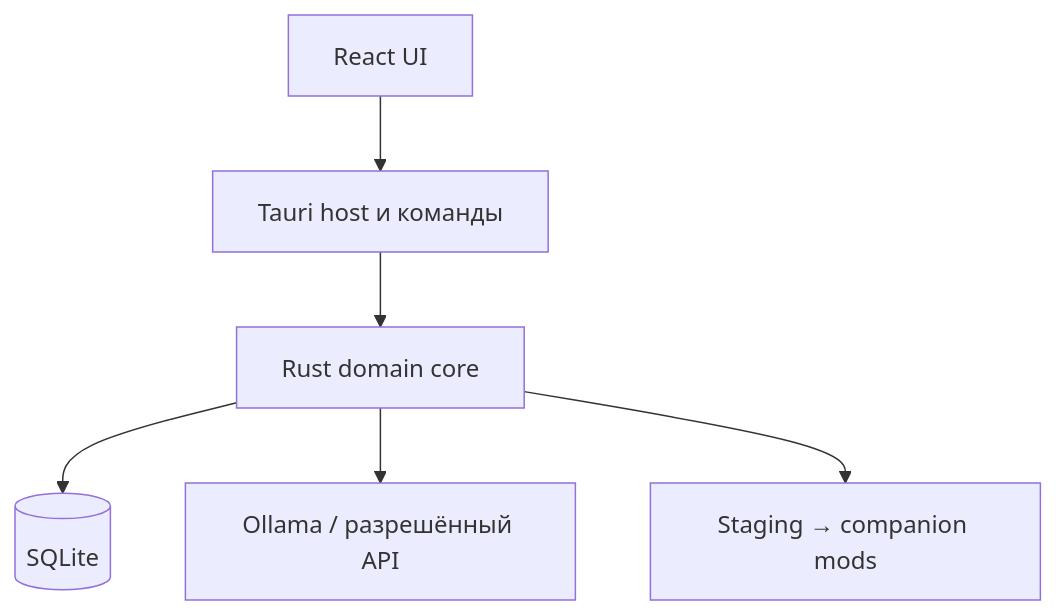
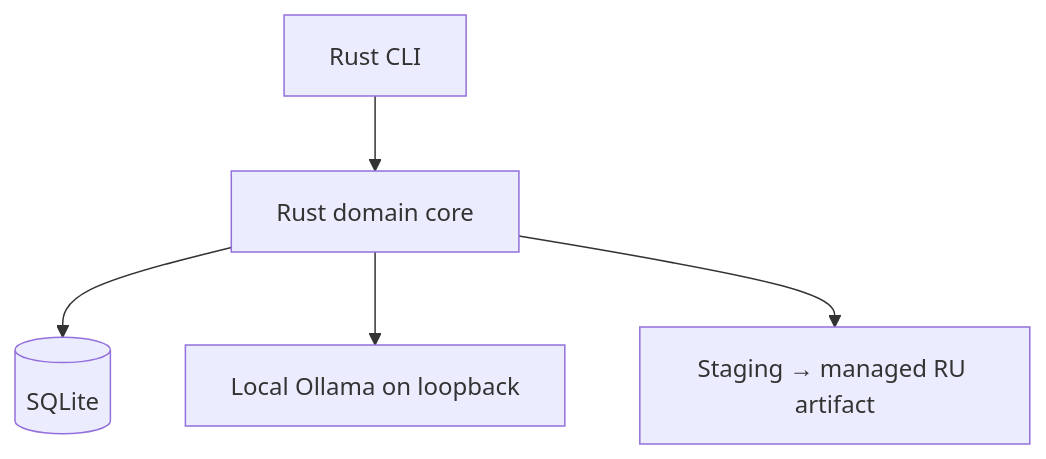
One commit to elenandar/Stellaris-mod-translator changed the diagram in docs/architecture.md. Above: the diagram before and after it, drawn with Mermaid. The commit also changed other lines of this file and 12 other files, not shown here.

````diff
--- a/docs/architecture.md
+++ b/docs/architecture.md
@@ -9,8 +9,7 @@
 ```mermaid
 flowchart TB
-    UI["React UI"] --> Host["Tauri host и команды"]
-    Host --> Core["Rust domain core"]
+    CLI["Rust CLI"] --> Core["Rust domain core"]
     Core --> DB[("SQLite")]
-    Core --> Models["Ollama / разрешённый API"]
-    Core --> Stage["Staging → companion mods"]
+    Core --> Ollama["Local Ollama on loopback"]
+    Core --> Stage["Staging → managed RU artifact"]
 ```
````
